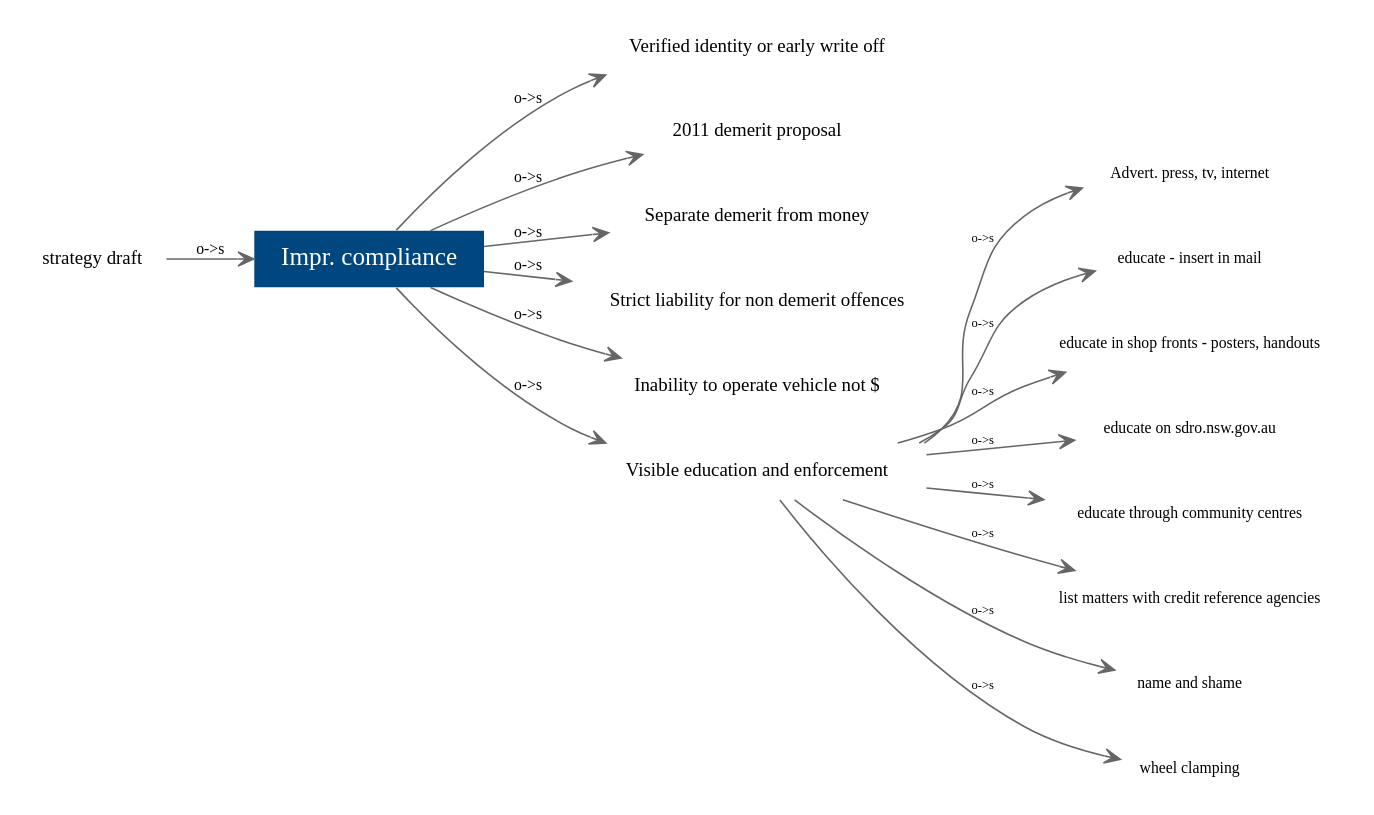
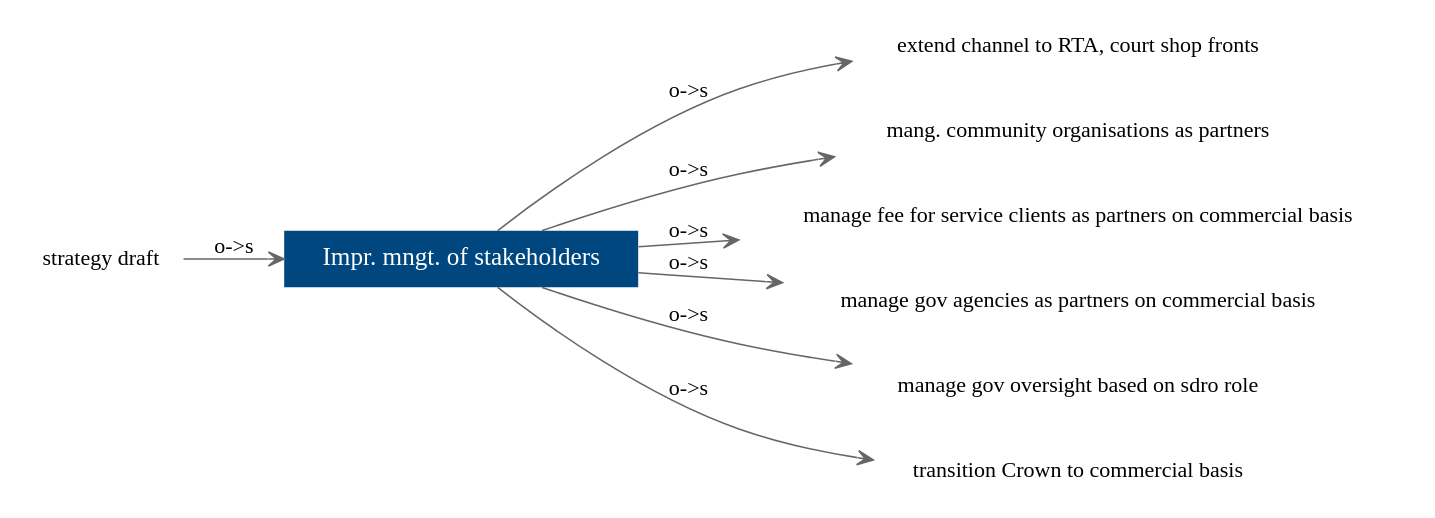
One commit to mickmioduszewski/digraph-rails changed the diagram in public/mickdot.dot. Above: the diagram before and after it, drawn with Graphviz. The commit also changed 35 other files, not shown here.

```diff
--- a/public/mickdot.dot
+++ b/public/mickdot.dot
@@ -1,35 +1,19 @@
 digraph G { rankdir="LR"
 edge [color="#666666", arrowhead="open", fontname="Trebuchet MS"] 
 node [shape=plaintext, fontname="Trebuchet MS"]
-n22 [URL="/nodes/22",  label="Impr. compliance", fontsize="16", style=filled fillcolor="#00477f", fontcolor="White"]
-n21 [URL="/nodes/21",  label="strategy draft", fontsize="12"]
-n34 [URL="/nodes/34",  label="Verified identity or early write off", fontsize="12"]
-n35 [URL="/nodes/35",  label="2011 demerit proposal", fontsize="12"]
-n36 [URL="/nodes/36",  label="Separate demerit from money", fontsize="12"]
-n37 [URL="/nodes/37",  label="Strict liability for non demerit offences", fontsize="12"]
-n38 [URL="/nodes/38",  label="Inability to operate vehicle not $", fontsize="12"]
-n39 [URL="/nodes/39",  label="Visible education and enforcement", fontsize="12"]
-n40 [URL="/nodes/40",  label="Advert. press, tv, internet", fontsize="10"]
-n41 [URL="/nodes/41",  label="educate - insert in mail", fontsize="10"]
-n42 [URL="/nodes/42",  label="educate in shop fronts - posters, handouts", fontsize="10"]
-n43 [URL="/nodes/43",  label="educate on sdro.nsw.gov.au", fontsize="10"]
-n44 [URL="/nodes/44",  label="educate through community centres", fontsize="10"]
-n45 [URL="/nodes/45",  label="list matters with credit reference agencies", fontsize="10"]
-n46 [URL="/nodes/46",  label="name and shame", fontsize="10"]
-n47 [URL="/nodes/47",  label="wheel clamping", fontsize="10"]
-n21 -> n22 [URL="/edges/26",  label="o->s", fontsize="10"]
-n22 -> n34 [URL="/edges/35",  label="o->s", fontsize="10"]
-n22 -> n35 [URL="/edges/36",  label="o->s", fontsize="10"]
-n22 -> n36 [URL="/edges/37",  label="o->s", fontsize="10"]
-n22 -> n37 [URL="/edges/38",  label="o->s", fontsize="10"]
-n22 -> n38 [URL="/edges/39",  label="o->s", fontsize="10"]
-n22 -> n39 [URL="/edges/40",  label="o->s", fontsize="10"]
-n39 -> n40 [URL="/edges/41",  label="o->s", fontsize="8"]
-n39 -> n41 [URL="/edges/42",  label="o->s", fontsize="8"]
-n39 -> n42 [URL="/edges/43",  label="o->s", fontsize="8"]
-n39 -> n43 [URL="/edges/44",  label="o->s", fontsize="8"]
-n39 -> n44 [URL="/edges/45",  label="o->s", fontsize="8"]
-n39 -> n45 [URL="/edges/46",  label="o->s", fontsize="8"]
-n39 -> n46 [URL="/edges/47",  label="o->s", fontsize="8"]
-n39 -> n47 [URL="/edges/48",  label="o->s", fontsize="8"]
+n23 [URL="/nodes/23",  label="Impr. mngt. of stakeholders", fontsize="16", style=filled fillcolor="#00477f", fontcolor="White"]
+n21 [URL="/nodes/21",  label="strategy draft", fontsize="14"]
+n48 [URL="/nodes/48",  label="extend channel to RTA, court shop fronts", fontsize="14"]
+n49 [URL="/nodes/49",  label="mang. community organisations as partners", fontsize="14"]
+n50 [URL="/nodes/50",  label="manage fee for service clients as partners on commercial basis", fontsize="14"]
+n51 [URL="/nodes/51",  label="manage gov agencies as partners on commercial basis", fontsize="14"]
+n52 [URL="/nodes/52",  label="manage gov oversight based on sdro role", fontsize="14"]
+n53 [URL="/nodes/53",  label="transition Crown to commercial basis", fontsize="14"]
+n21 -> n23 [URL="/edges/27",  label="o->s", fontsize="14"]
+n23 -> n48 [URL="/edges/49",  label="o->s", fontsize="14"]
+n23 -> n49 [URL="/edges/50",  label="o->s", fontsize="14"]
+n23 -> n50 [URL="/edges/51",  label="o->s", fontsize="14"]
+n23 -> n51 [URL="/edges/52",  label="o->s", fontsize="14"]
+n23 -> n52 [URL="/edges/53",  label="o->s", fontsize="14"]
+n23 -> n53 [URL="/edges/54",  label="o->s", fontsize="14"]
   }
```
